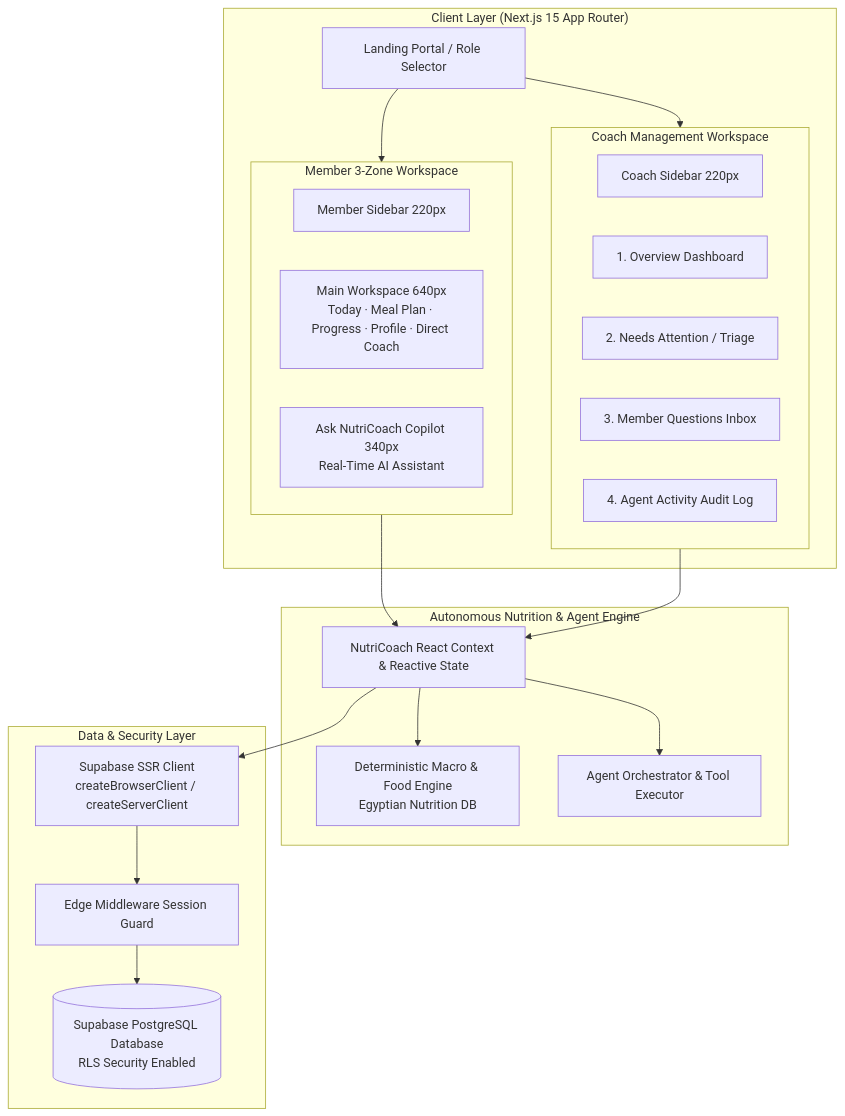
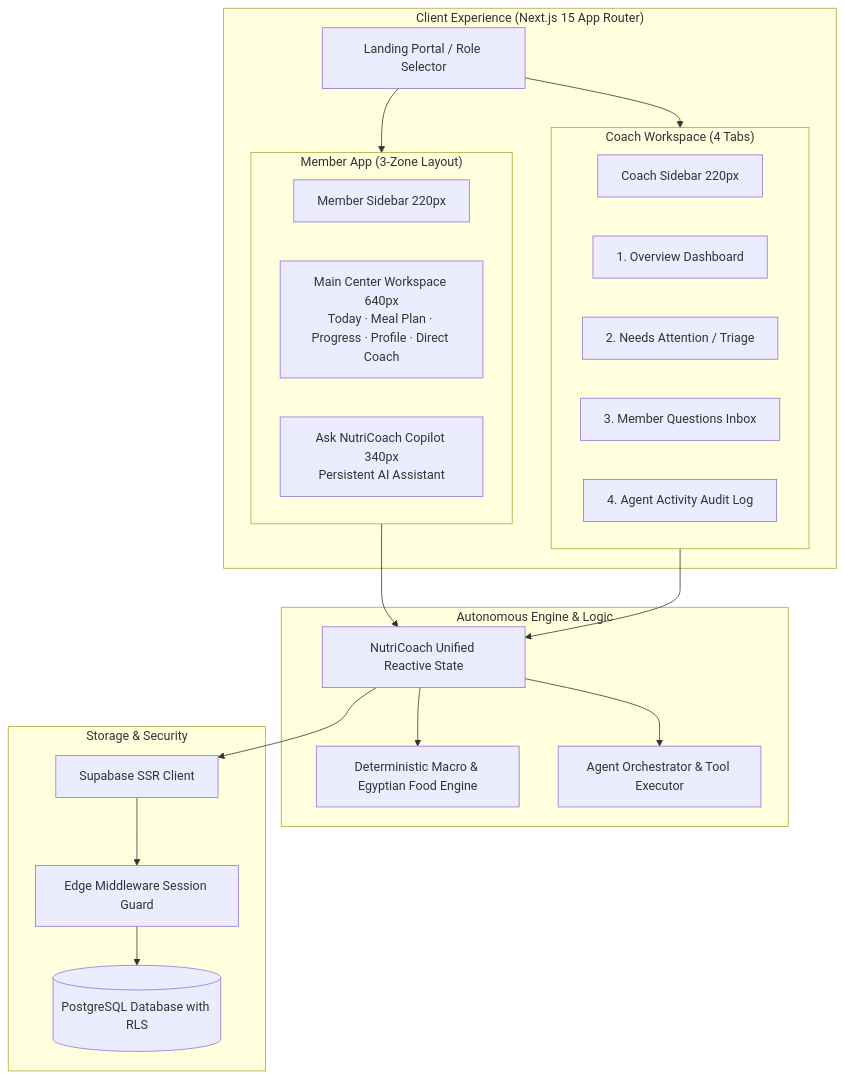
Before and after one commit to Kholoud-Alsaady/nutricoach-app: the first of 3 diagrams in README.md, drawn with Mermaid. The commit also changed other lines of this file, not shown here.

Commit message:
Simplify README and retain only live app link

````diff
--- a/README.md
+++ b/README.md
@@ -36,45 +13,44 @@
 ```mermaid
 graph TD
-    subgraph Client_Tier["Client Layer (Next.js 15 App Router)"]
+    subgraph Client_Tier["Client Experience (Next.js 15 App Router)"]
         LP[Landing Portal / Role Selector]
         
-        subgraph Member_App["Member 3-Zone Workspace"]
+        subgraph Member_App["Member App (3-Zone Layout)"]
             MS[Member Sidebar 220px]
-            MC[Main Workspace 640px<br/>Today · Meal Plan · Progress · Profile · Direct Coach]
-            ANC[Ask NutriCoach Copilot 340px<br/>Real-Time AI Assistant]
+            MC[Main Center Workspace 640px<br/>Today · Meal Plan · Progress · Profile · Direct Coach]
+            ANC[Ask NutriCoach Copilot 340px<br/>Persistent AI Assistant]
         end
 
-        subgraph Coach_Hub["Coach Management Workspace"]
+        subgraph Coach_Hub["Coach Workspace (4 Tabs)"]
             CS[Coach Sidebar 220px]
             CO[1. Overview Dashboard]
             CT[2. Needs Attention / Triage]
             CQ[3. Member Questions Inbox]
             CA[4. Agent Activity Audit Log]
         end
     end
 
-    subgraph Logic_Tier["Autonomous Nutrition & Agent Engine"]
-        CTX[NutriCoach React Context & Reactive State]
-        ME[Deterministic Macro & Food Engine<br/>Egyptian Nutrition DB]
+    subgraph Engine_Tier["Autonomous Engine & Logic"]
+        CTX[NutriCoach Unified Reactive State]
+        ME[Deterministic Macro & Egyptian Food Engine]
         ORCH[Agent Orchestrator & Tool Executor]
     end
 
-    subgraph Data_Tier["Data & Security Layer"]
+    subgraph Data_Tier["Storage & Security"]
         MW[Edge Middleware Session Guard]
-        SSR[Supabase SSR Client<br/>createBrowserClient / createServerClient]
-        PG[(Supabase PostgreSQL Database<br/>RLS Security Enabled)]
+        SSR[Supabase SSR Client]
+        PG[(PostgreSQL Database with RLS)]
     end
 
     LP --> Member_App
     LP --> Coach_Hub
     
     Member_App --> CTX
     Coach_Hub --> CTX
     
     CTX --> ME
     CTX --> ORCH
-    
     CTX --> SSR
     SSR --> MW
     MW --> PG
 ```
````
